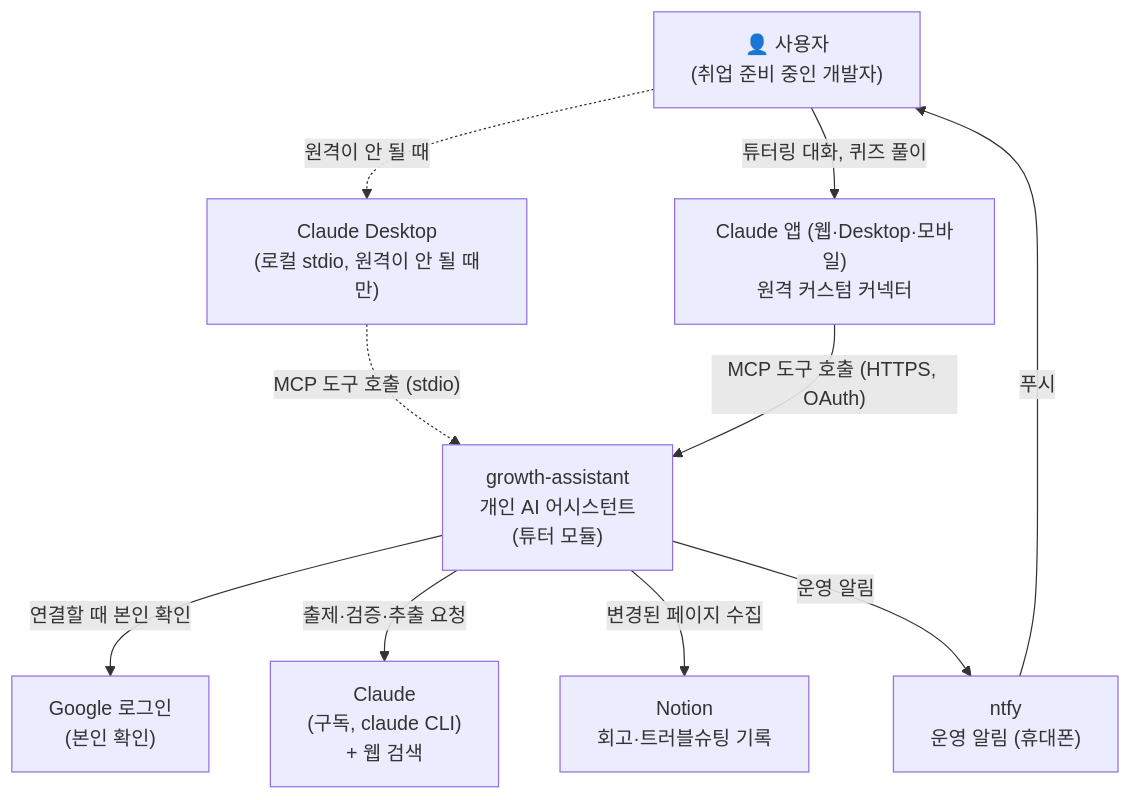
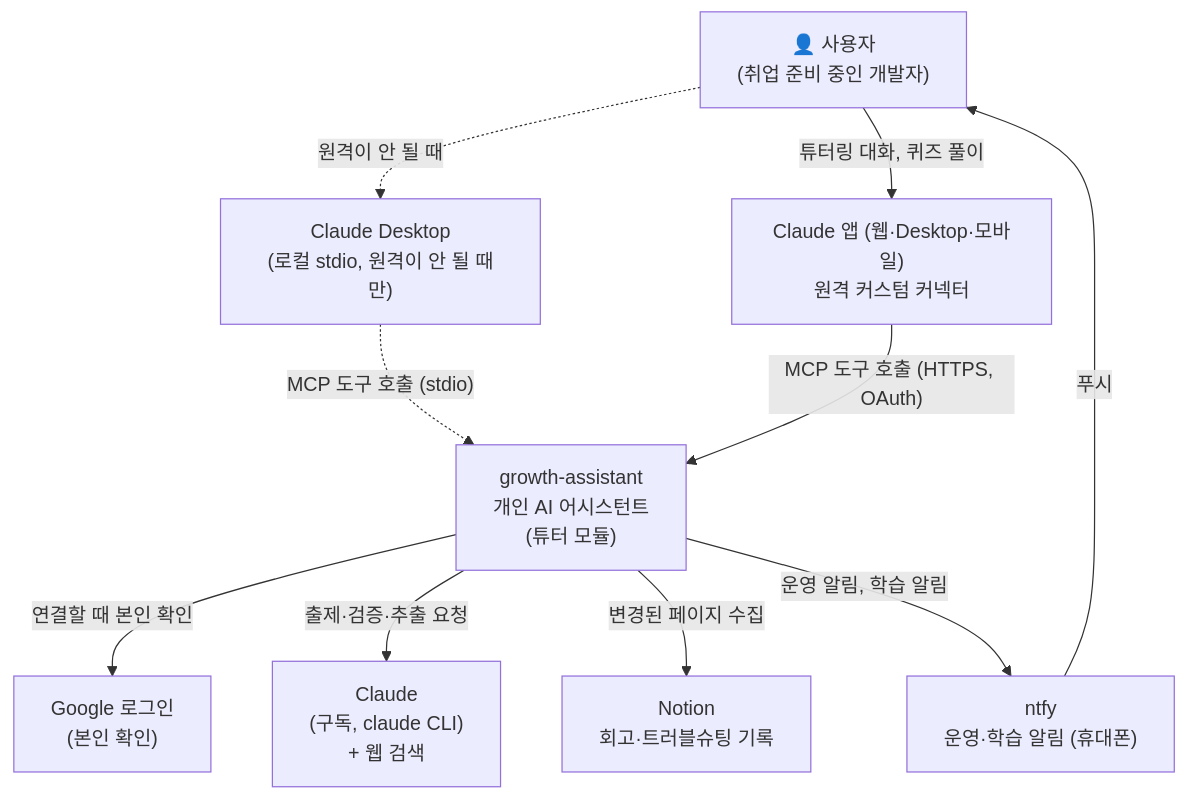
Before and after one commit to Wonchang0314/growth-assistant: the diagram in docs/architecture/c4-1-context.md, drawn with Mermaid. The commit also changed other lines of this file and 55 other files, not shown here.

````diff
--- a/docs/architecture/c4-1-context.md
+++ b/docs/architecture/c4-1-context.md
@@ -5,21 +5,21 @@
 ```mermaid
 flowchart TB
     user["👤 사용자<br/>(취업 준비 중인 개발자)"]
     ga["growth-assistant<br/>개인 AI 어시스턴트<br/>(튜터 모듈)"]
     desktop["Claude Desktop<br/>(로컬 stdio, 원격이 안 될 때만)"]
     claude["Claude<br/>(구독, claude CLI)<br/>+ 웹 검색"]
     notion["Notion<br/>회고·트러블슈팅 기록"]
     connector["Claude 앱 (웹·Desktop·모바일)<br/>원격 커스텀 커넥터"]
     google["Google 로그인<br/>(본인 확인)"]
-    ntfy["ntfy<br/>운영 알림 (휴대폰)"]
+    ntfy["ntfy<br/>운영·학습 알림 (휴대폰)"]
 
     user -. "원격이 안 될 때" .-> desktop
     user -- "튜터링 대화, 퀴즈 풀이" --> connector
     desktop -. "MCP 도구 호출 (stdio)" .-> ga
     connector -- "MCP 도구 호출 (HTTPS, OAuth)" --> ga
     ga -- "연결할 때 본인 확인" --> google
     ga -- "출제·검증·추출 요청" --> claude
     ga -- "변경된 페이지 수집" --> notion
-    ga -- "운영 알림" --> ntfy
+    ga -- "운영 알림, 학습 알림" --> ntfy
     ntfy -- "푸시" --> user
 ```
````
